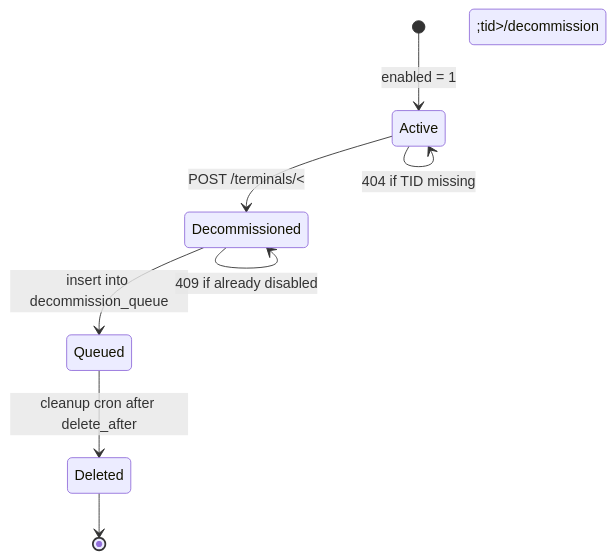
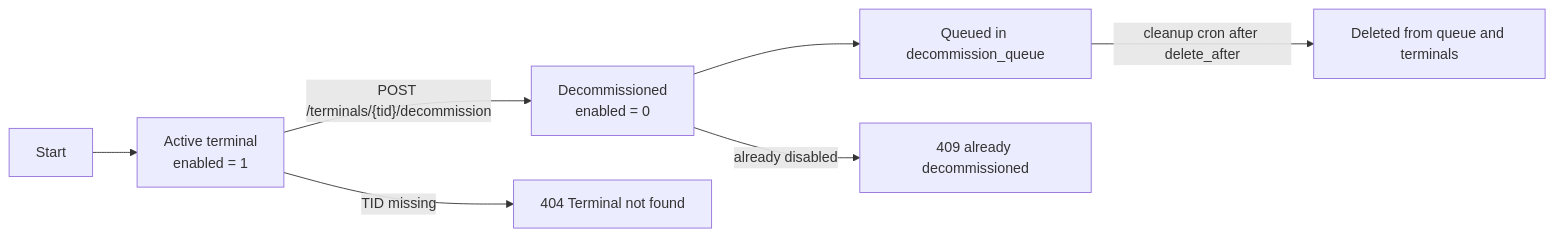
One commit to ElvisToska/Mellon_Group_Python_Assessment changed diagram 17 of 40 in DOCUMENTATION.md. Above: the diagram before and after it, drawn with Mermaid. The commit also changed other lines of this file and 8 other files, not shown here.

````diff
--- a/DOCUMENTATION.md
+++ b/DOCUMENTATION.md
@@ -489,11 +458,9 @@
 ```mermaid
-stateDiagram-v2
-    [*] --> Active: enabled = 1
-    Active --> Decommissioned: POST /terminals/&lt;tid&gt;/decommission
-    Decommissioned --> Queued: insert into decommission_queue
-    Queued --> Deleted: cleanup cron after delete_after
-    Deleted --> [*]
-
-    Active --> Active: 404 if TID missing
-    Decommissioned --> Decommissioned: 409 if already disabled
+flowchart LR
+    Start["Start"] --> Active["Active terminal<br/>enabled = 1"]
+    Active -->|"POST /terminals/{tid}/decommission"| Decommissioned["Decommissioned<br/>enabled = 0"]
+    Decommissioned --> Queued["Queued in decommission_queue"]
+    Queued -->|"cleanup cron after delete_after"| Deleted["Deleted from queue and terminals"]
+    Active -->|"TID missing"| NotFound["404 Terminal not found"]
+    Decommissioned -->|"already disabled"| Conflict["409 already decommissioned"]
 ```
````
